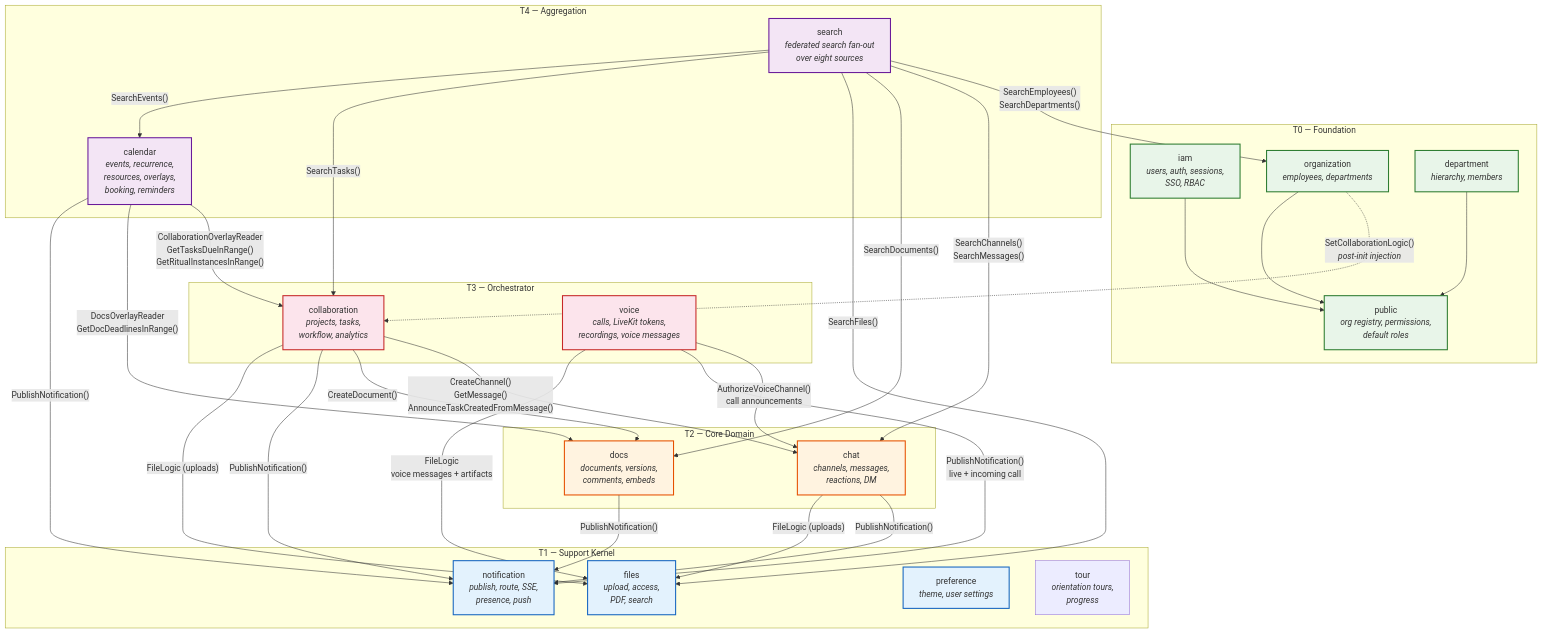
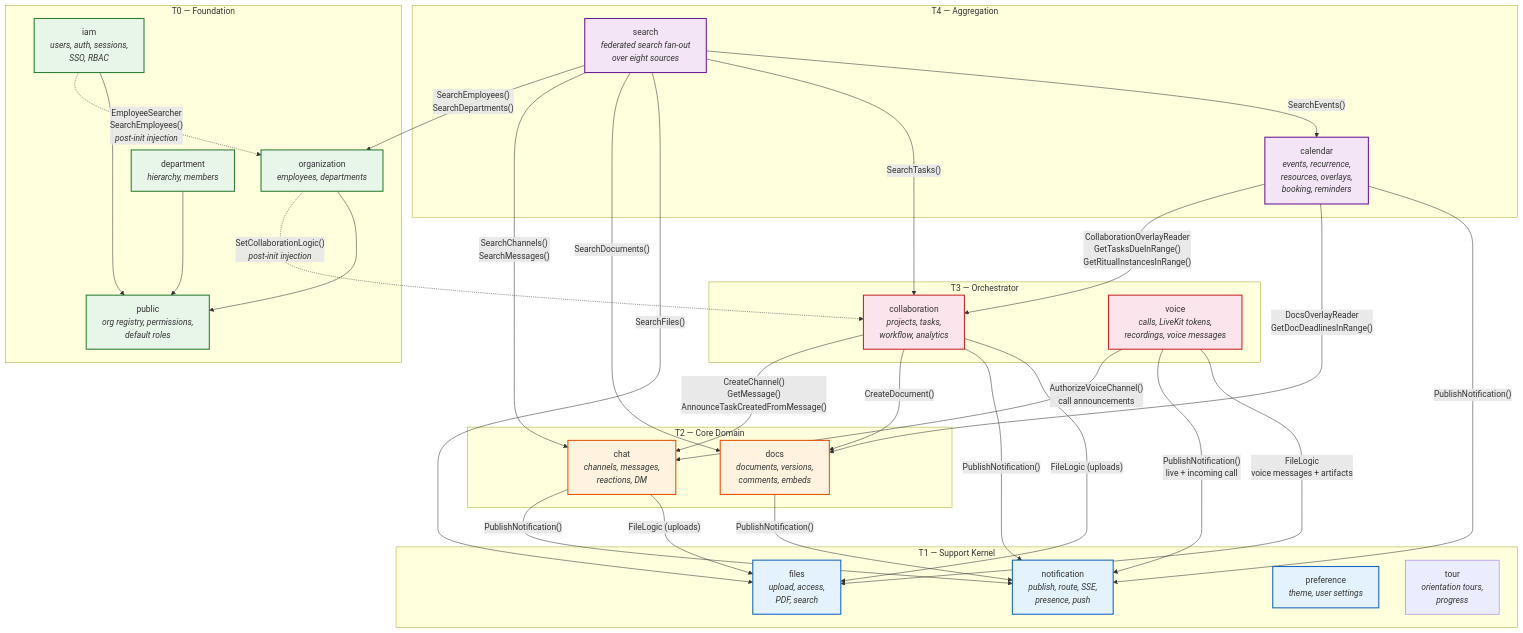
Before and after one commit to nvcnvn/tech-office: the first of 4 diagrams in backend/docs/SYSTEM-ARCHITECTURE.md, drawn with Mermaid. The commit also changed other lines of this file and 52 other files, not shown here.

````diff
--- a/backend/docs/SYSTEM-ARCHITECTURE.md
+++ b/backend/docs/SYSTEM-ARCHITECTURE.md
@@ -83,80 +83,81 @@
 ```mermaid
 graph TD
     subgraph "T0 — Foundation"
         PUBLIC["public<br/><i>org registry, permissions,<br/>default roles</i>"]
         IAM["iam<br/><i>users, auth, sessions,<br/>SSO, RBAC</i>"]
         ORG["organization<br/><i>employees, departments</i>"]
         DEPT["department<br/><i>hierarchy, members</i>"]
     end
 
     subgraph "T1 — Support Kernel"
         NOTIF["notification<br/><i>publish, route, SSE,<br/>presence, push</i>"]
         FILES["files<br/><i>upload, access,<br/>PDF, search</i>"]
         PREF["preference<br/><i>theme, user settings</i>"]
         TOUR["tour<br/><i>orientation tours,<br/>progress</i>"]
     end
 
     subgraph "T2 — Core Domain"
         CHAT["chat<br/><i>channels, messages,<br/>reactions, DM</i>"]
         DOCS["docs<br/><i>documents, versions,<br/>comments, embeds</i>"]
     end
 
     subgraph "T3 — Orchestrator"
         COLLAB["collaboration<br/><i>projects, tasks,<br/>workflow, analytics</i>"]
         VOICE["voice<br/><i>calls, LiveKit tokens,<br/>recordings, voice messages</i>"]
     end
 
     subgraph "T4 — Aggregation"
         CAL["calendar<br/><i>events, recurrence,<br/>resources, overlays,<br/>booking, reminders</i>"]
         SEARCH["search<br/><i>federated search fan-out<br/>over eight sources</i>"]
     end
 
     %% T4 search: pure read fan-out over six domains' logic layers. Owns no SQL.
     SEARCH -->|"SearchEmployees()<br/>SearchDepartments()"| ORG
     SEARCH -->|"SearchChannels()<br/>SearchMessages()"| CHAT
     SEARCH -->|"SearchDocuments()"| DOCS
     SEARCH -->|"SearchFiles()"| FILES
     SEARCH -->|"SearchTasks()"| COLLAB
     SEARCH -->|"SearchEvents()"| CAL
 
     %% T4 → T3 dependencies (overlay readers)
     CAL -->|"CollaborationOverlayReader<br/>GetTasksDueInRange()<br/>GetRitualInstancesInRange()"| COLLAB
     CAL -->|"DocsOverlayReader<br/>GetDocDeadlinesInRange()"| DOCS
     CAL -->|"PublishNotification()"| NOTIF
 
     %% T3 → T2 dependencies
     COLLAB -->|"CreateChannel()<br/>GetMessage()<br/>AnnounceTaskCreatedFromMessage()"| CHAT
     COLLAB -->|"CreateDocument()"| DOCS
 
     %% T3 → T1 dependencies
     COLLAB -->|"PublishNotification()"| NOTIF
     COLLAB -->|"FileLogic (uploads)"| FILES
     VOICE -->|"AuthorizeVoiceChannel()<br/>call announcements"| CHAT
     VOICE -->|"PublishNotification()<br/>live + incoming call"| NOTIF
     VOICE -->|"FileLogic<br/>voice messages + artifacts"| FILES
 
     %% T2 → T1 dependencies
     CHAT -->|"PublishNotification()"| NOTIF
     CHAT -->|"FileLogic (uploads)"| FILES
     DOCS -->|"PublishNotification()"| NOTIF
 
     %% Post-init injection (dashed = injected after construction)
     ORG -.->|"SetCollaborationLogic()<br/><i>post-init injection</i>"| COLLAB
+    IAM -.->|"EmployeeSearcher<br/>SearchEmployees()<br/><i>post-init injection</i>"| ORG
 
     %% Foundation references (simplified)
     IAM --> PUBLIC
     ORG --> PUBLIC
     DEPT --> PUBLIC
 
     classDef foundation fill:#e8f5e9,stroke:#2e7d32,stroke-width:2px
     classDef kernel fill:#e3f2fd,stroke:#1565c0,stroke-width:2px
     classDef core fill:#fff3e0,stroke:#e65100,stroke-width:2px
     classDef orchestrator fill:#fce4ec,stroke:#c62828,stroke-width:2px
     classDef aggregation fill:#f3e5f5,stroke:#6a1b9a,stroke-width:2px
 
     class PUBLIC,IAM,ORG,DEPT foundation
     class NOTIF,FILES,PREF kernel
     class CHAT,DOCS core
     class COLLAB,VOICE orchestrator
     class CAL,SEARCH aggregation
 ```
````
